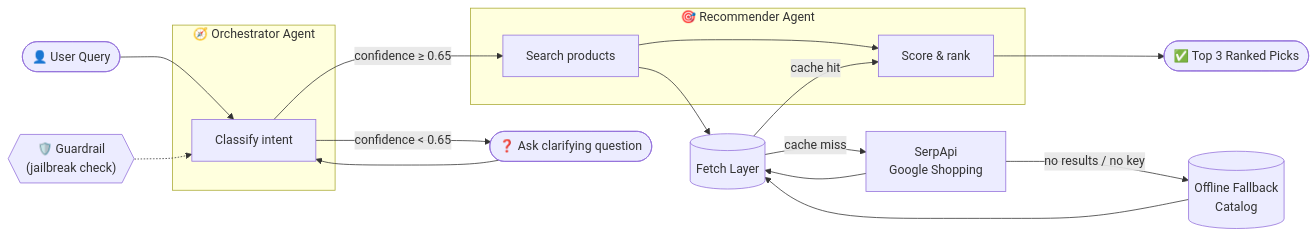
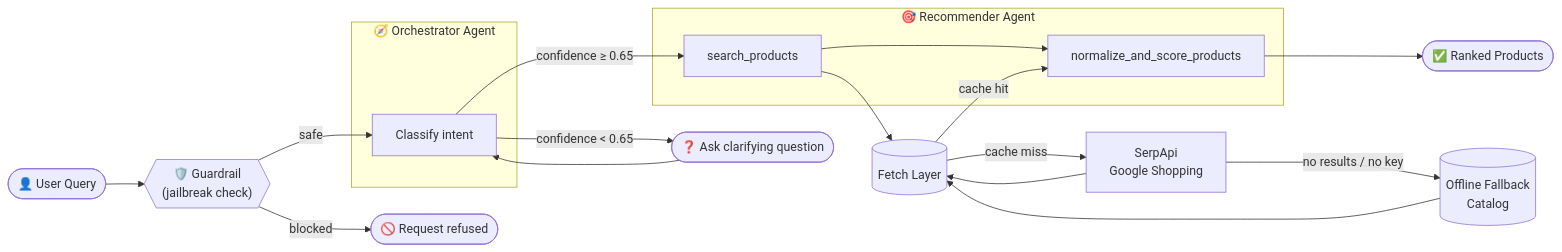
Before and after one commit to mr-shaheer/Product_Finder: the first of 2 diagrams in README.md, drawn with Mermaid. The commit also changed other lines of this file, not shown here.

````diff
--- a/README.md
+++ b/README.md
@@ -33,27 +174,27 @@
 ```mermaid
 flowchart LR
-    U([👤 User Query]) --> O
+    U([👤 User Query]) --> G{{"🛡️ Guardrail<br/>(jailbreak check)"}}
+    G -->|blocked| X([🚫 Request refused])
+    G -->|safe| O
 
     subgraph Orchestrator["🧭 Orchestrator Agent"]
         O[Classify intent]
     end
 
     O -->|"confidence < 0.65"| Q([❓ Ask clarifying question])
     Q --> O
     O -->|"confidence ≥ 0.65"| R
 
     subgraph Recommender["🎯 Recommender Agent"]
-        R[Search products] --> S[Score & rank]
+        R[search_products] --> S[normalize_and_score_products]
     end
 
     R --> FL[(Fetch Layer)]
     FL -->|cache hit| S
     FL -->|cache miss| API[SerpApi<br/>Google Shopping]
     API -->|no results / no key| FB[(Offline Fallback<br/>Catalog)]
     API --> FL
     FB --> FL
 
-    S --> OUT([✅ Top 3 Ranked Picks])
-
-    G{{"🛡️ Guardrail<br/>(jailbreak check)"}} -.-> O
+    S --> OUT([✅ Ranked Products])
 ```
````
